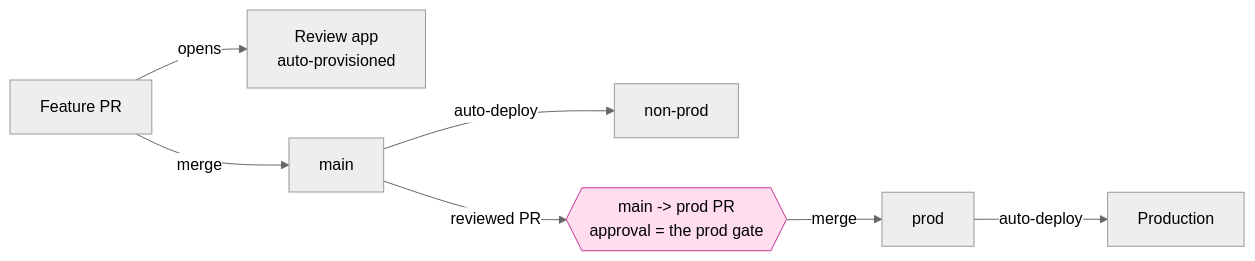
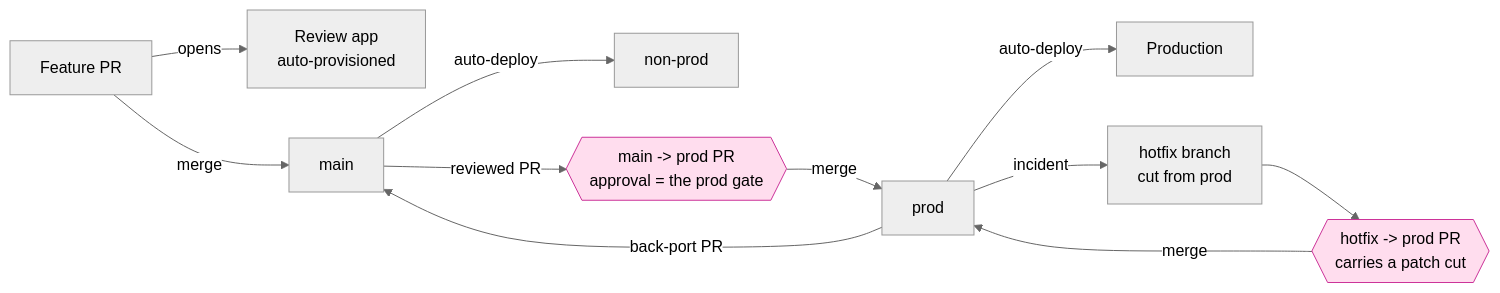
One commit to element22llc/e22-plugins changed the diagram in docs/concepts/deployment.md. Above: the diagram before and after it, drawn with Mermaid (neutral theme). The commit also changed other lines of this file and 10 other files, not shown here.

First line of the commit message:
fix(skills): cut the hotfix lane from prod and back-port it to main

````diff
--- a/docs/concepts/deployment.md
+++ b/docs/concepts/deployment.md
@@ -33,12 +33,16 @@
 ```mermaid
 flowchart LR
     PR[Feature PR] -->|opens| RA[Review app<br/>auto-provisioned]
     PR -->|merge| MAIN[main]
     MAIN -->|auto-deploy| NONPROD[non-prod]
     MAIN -->|reviewed PR| PRODPR{{main -> prod PR<br/>approval = the prod gate}}
     PRODPR -->|merge| PROD[prod]
     PROD -->|auto-deploy| LIVE[Production]
+    PROD -->|incident| HF[hotfix branch<br/>cut from prod]
+    HF --> HFPR{{hotfix -> prod PR<br/>carries a patch cut}}
+    HFPR -->|merge| PROD
+    PROD -->|back-port PR| MAIN
 
     classDef gated fill:#fde,stroke:#c39
-    class PRODPR gated
+    class PRODPR,HFPR gated
 ```
````
